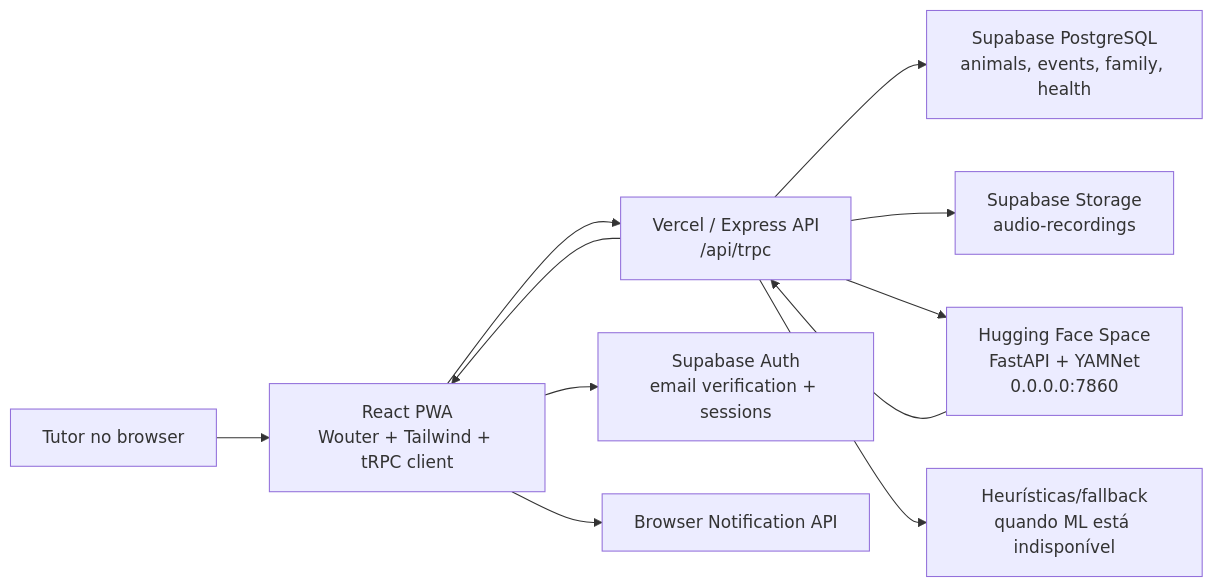
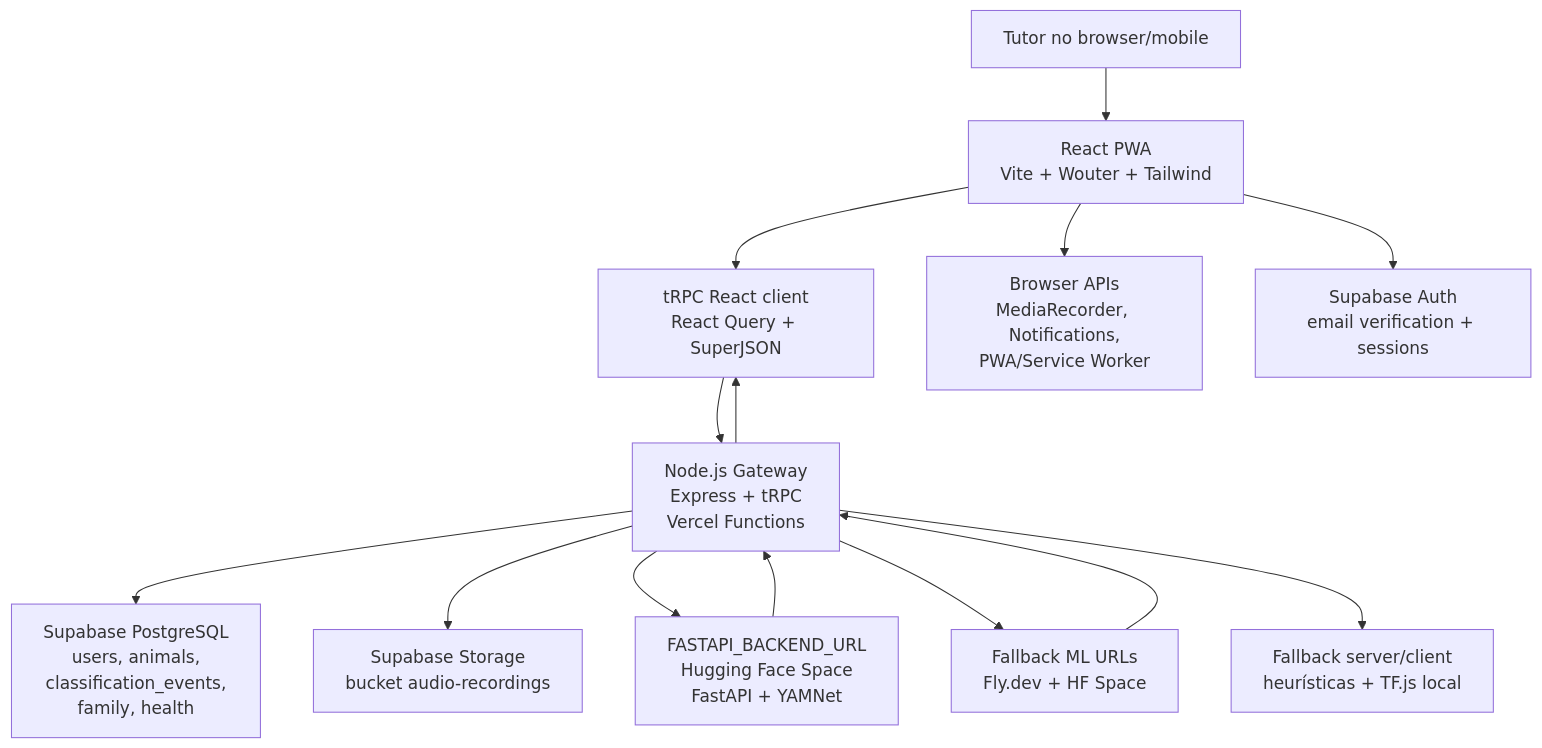
The diagram in README.md (firstoff23/AnimalMind), drawn with Mermaid before and after one commit. The commit also changed other lines of this file and 24 other files, not shown here.

````diff
--- a/README.md
+++ b/README.md
@@ -83,13 +74,19 @@
 ```mermaid
-flowchart LR
-  user["Tutor no browser"] --> pwa["React PWA<br/>Wouter + Tailwind + tRPC client"]
-  pwa --> api["Vercel / Express API<br/>/api/trpc"]
-  pwa --> auth["Supabase Auth<br/>email verification + sessions"]
-  api --> db["Supabase PostgreSQL<br/>animals, events, family, health"]
-  api --> storage["Supabase Storage<br/>audio-recordings"]
-  api --> ml["Hugging Face Space<br/>FastAPI + YAMNet<br/>0.0.0.0:7860"]
-  ml --> api
-  api --> fallback["Heurísticas/fallback<br/>quando ML está indisponível"]
-  api --> pwa
-  pwa --> notifications["Browser Notification API"]
+flowchart TB
+  user["Tutor no browser/mobile"] --> pwa["React PWA<br/>Vite + Wouter + Tailwind"]
+  pwa --> trpcClient["tRPC React client<br/>React Query + SuperJSON"]
+  trpcClient --> gateway["Node.js Gateway<br/>Express + tRPC<br/>Vercel Functions"]
+
+  pwa --> browserApis["Browser APIs<br/>MediaRecorder, Notifications,<br/>PWA/Service Worker"]
+  pwa --> supabaseAuth["Supabase Auth<br/>email verification + sessions"]
+
+  gateway --> supabaseDb["Supabase PostgreSQL<br/>users, animals,<br/>classification_events,<br/>family, health"]
+  gateway --> supabaseStorage["Supabase Storage<br/>bucket audio-recordings"]
+  gateway --> mlPrimary["FASTAPI_BACKEND_URL<br/>Hugging Face Space<br/>FastAPI + YAMNet"]
+  gateway --> mlFallback["Fallback ML URLs<br/>Fly.dev + HF Space"]
+  gateway --> localFallback["Fallback server/client<br/>heurísticas + TF.js local"]
+
+  mlPrimary --> gateway
+  mlFallback --> gateway
+  gateway --> trpcClient
 ```
````
